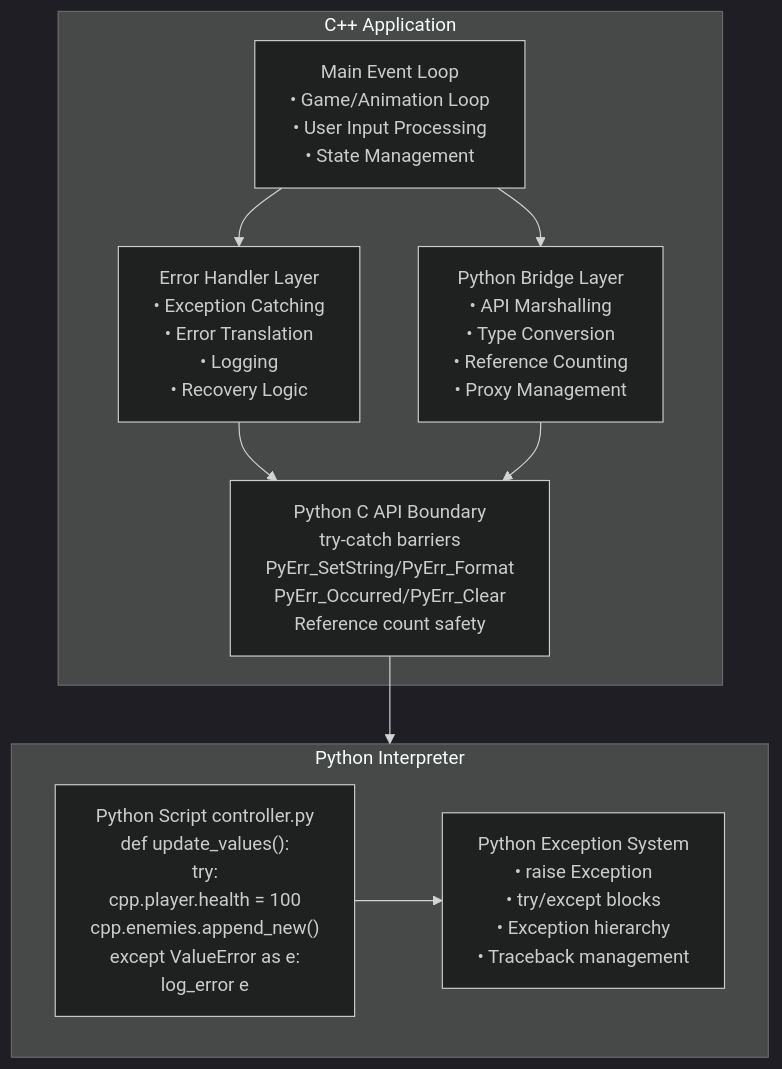
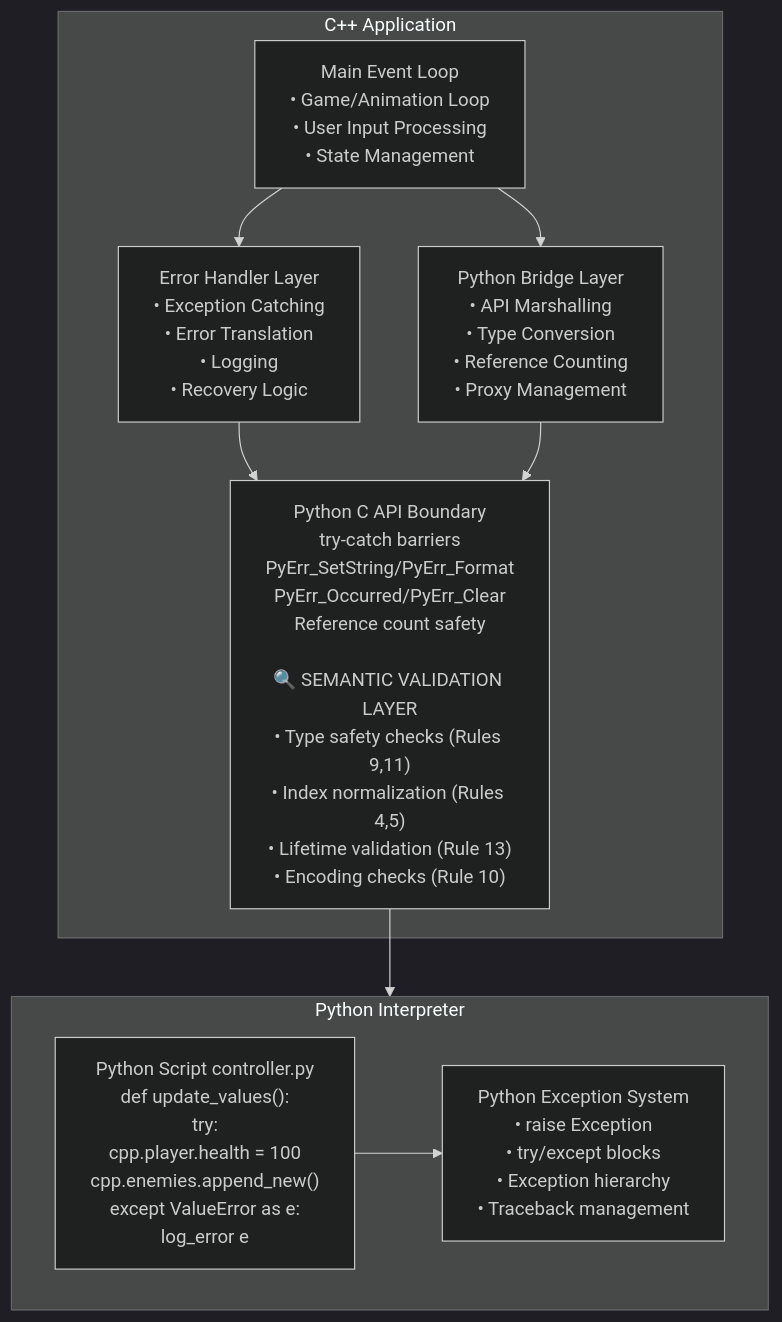
One commit to euclid-skyline/cpp_python_integration changed the second of 7 diagrams in c_values_exposed_to_python_struct_and_vector_bind/doc/architecture/ERROR_HANDLING_ARCHITECTURE.md. Above: the diagram before and after it, drawn with Mermaid (dark theme). The commit also changed other lines of this file, not shown here.

First line of the commit message:
docs: Update ERROR_HANDLING_ARCHITECTURE.md to integrate semantic rules for error detection and handling

````diff
--- a/c_values_exposed_to_python_struct_and_vector_bind/doc/architecture/ERROR_HANDLING_ARCHITECTURE.md
+++ b/c_values_exposed_to_python_struct_and_vector_bind/doc/architecture/ERROR_HANDLING_ARCHITECTURE.md
@@ -149,22 +150,22 @@
 ```mermaid
 graph TB
     subgraph CppApp["C++ Application"]
         MEL["Main Event Loop<br/>• Game/Animation Loop<br/>• User Input Processing<br/>• State Management"]
         EHL["Error Handler Layer<br/>• Exception Catching<br/>• Error Translation<br/>• Logging<br/>• Recovery Logic"]
         PBL["Python Bridge Layer<br/>• API Marshalling<br/>• Type Conversion<br/>• Reference Counting<br/>• Proxy Management"]
         MEL --> EHL
         MEL --> PBL
         EHL --> CAPI
         PBL --> CAPI
     end
     
-    CAPI["Python C API Boundary<br/>try-catch barriers<br/>PyErr_SetString/PyErr_Format<br/>PyErr_Occurred/PyErr_Clear<br/>Reference count safety"]
+    CAPI["Python C API Boundary<br/>try-catch barriers<br/>PyErr_SetString/PyErr_Format<br/>PyErr_Occurred/PyErr_Clear<br/>Reference count safety<br/><br/>🔍 SEMANTIC VALIDATION LAYER<br/>• Type safety checks (Rules 9,11)<br/>• Index normalization (Rules 4,5)<br/>• Lifetime validation (Rule 13)<br/>• Encoding checks (Rule 10)"]
     
     subgraph PythonInterp["Python Interpreter"]
         PS["Python Script controller.py<br/>def update_values():<br/>    try:<br/>        cpp.player.health = 100<br/>        cpp.enemies.append_new()<br/>    except ValueError as e:<br/>        log_error e"]
         PES["Python Exception System<br/>• raise Exception<br/>• try/except blocks<br/>• Exception hierarchy<br/>• Traceback management"]
         PS --> PES
     end
     
     CAPI --> PythonInterp
 ```
````
